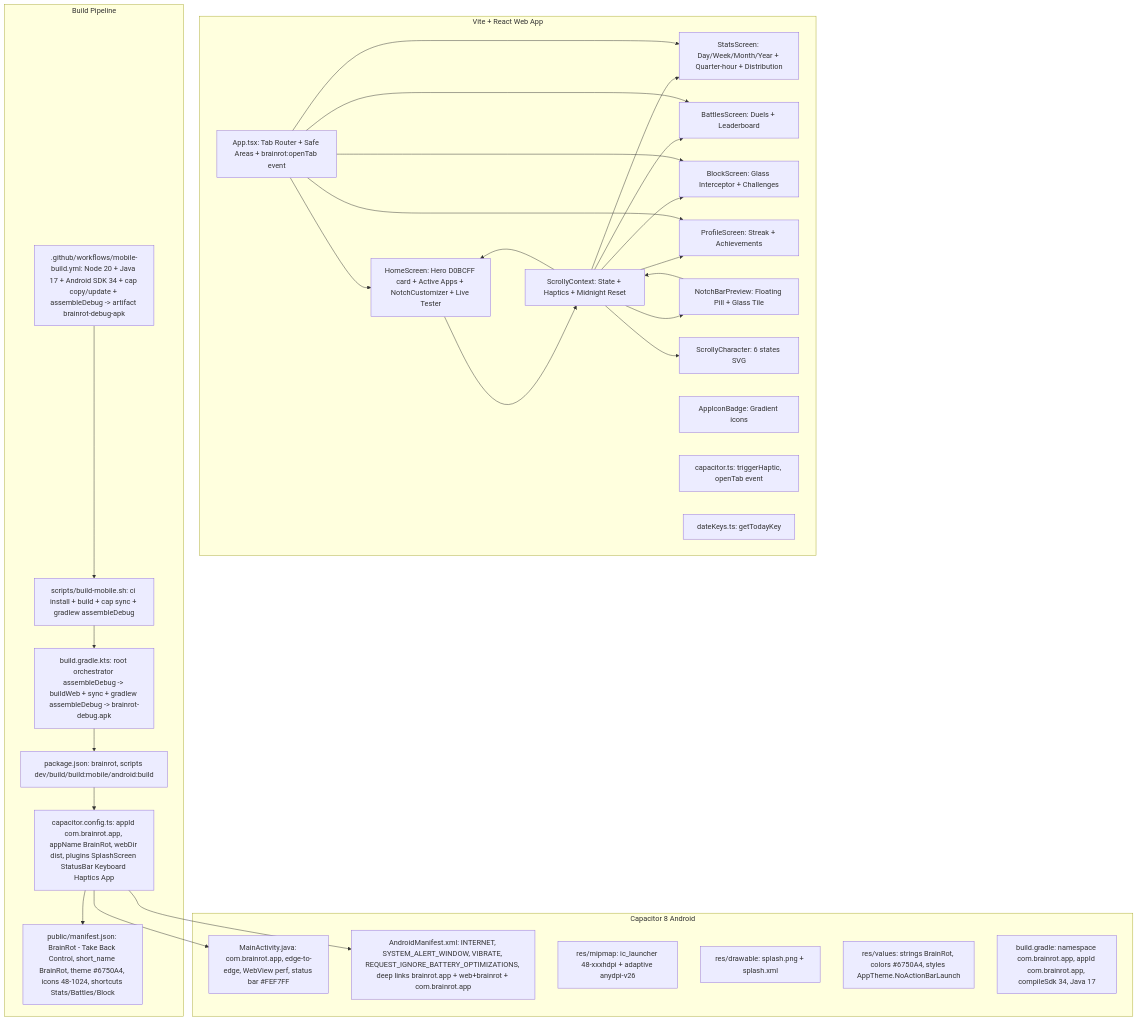
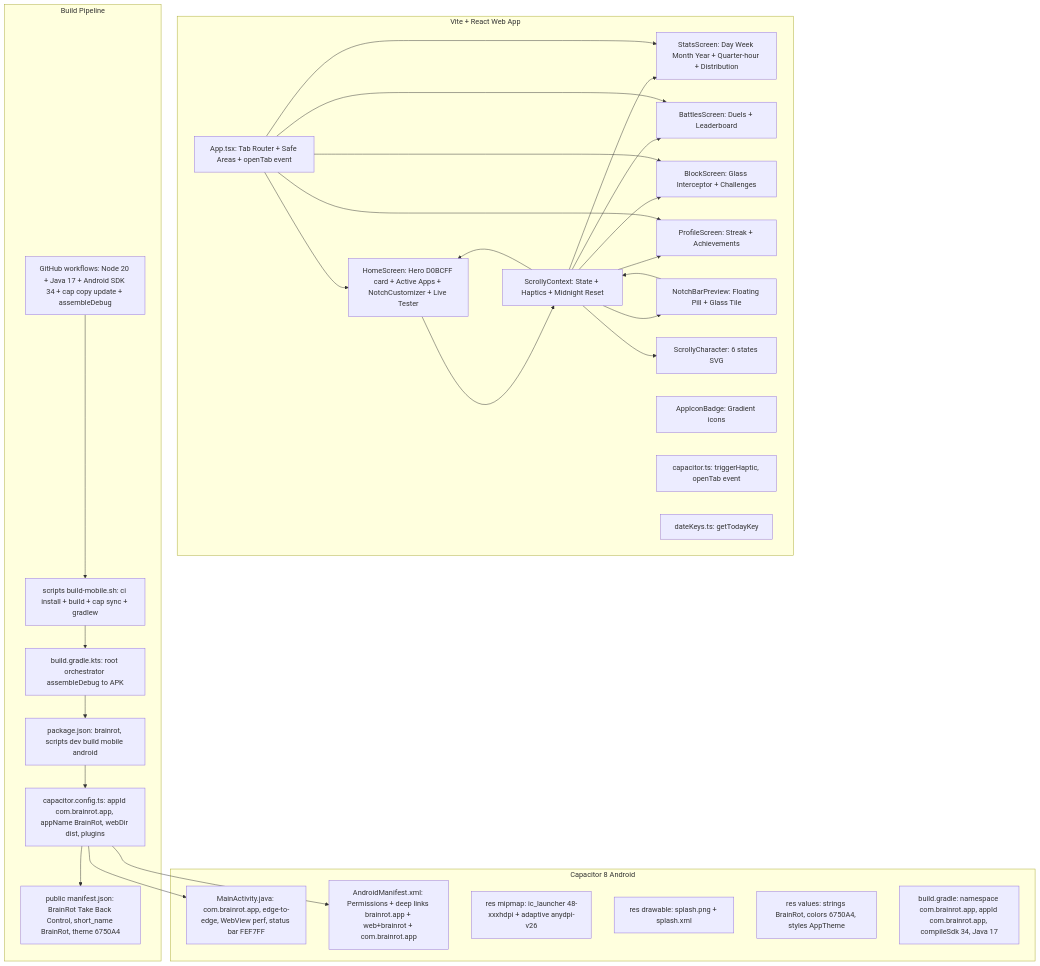
The fifth of 6 diagrams in README.md (jarifansathaorko/Scrolly), drawn with Mermaid before and after one commit. The commit also changed other lines of this file, not shown here.

First line of the commit message:
docs: fix mermaid diagrams for GitHub rendering

````diff
--- a/README.md
+++ b/README.md
@@ -138,42 +148,54 @@
 ```mermaid
 flowchart TB
-    subgraph Web [Vite + React Web App]
-        A[App.tsx: Tab Router + Safe Areas + brainrot:openTab event]
-        B[HomeScreen: Hero D0BCFF card + Active Apps + NotchCustomizer + Live Tester]
-        C[StatsScreen: Day/Week/Month/Year + Quarter-hour + Distribution]
-        D[BattlesScreen: Duels + Leaderboard]
-        E[BlockScreen: Glass Interceptor + Challenges]
-        F[ProfileScreen: Streak + Achievements]
-        G[NotchBarPreview: Floating Pill + Glass Tile]
-        H[ScrollyCharacter: 6 states SVG]
-        I[AppIconBadge: Gradient icons]
-        J[ScrollyContext: State + Haptics + Midnight Reset]
-        K[capacitor.ts: triggerHaptic, openTab event]
-        L[dateKeys.ts: getTodayKey]
+    subgraph Web ["Vite + React Web App"]
+        A["App.tsx: Tab Router + Safe Areas + openTab event"]
+        B["HomeScreen: Hero D0BCFF card + Active Apps + NotchCustomizer + Live Tester"]
+        C["StatsScreen: Day Week Month Year + Quarter-hour + Distribution"]
+        D["BattlesScreen: Duels + Leaderboard"]
+        E["BlockScreen: Glass Interceptor + Challenges"]
+        F["ProfileScreen: Streak + Achievements"]
+        G["NotchBarPreview: Floating Pill + Glass Tile"]
+        H["ScrollyCharacter: 6 states SVG"]
+        I["AppIconBadge: Gradient icons"]
+        J["ScrollyContext: State + Haptics + Midnight Reset"]
+        K["capacitor.ts: triggerHaptic, openTab event"]
+        L["dateKeys.ts: getTodayKey"]
     end
-    subgraph Native [Capacitor 8 Android]
-        M[MainActivity.java: com.brainrot.app, edge-to-edge, WebView perf, status bar #FEF7FF]
-        N[AndroidManifest.xml: INTERNET, SYSTEM_ALERT_WINDOW, VIBRATE, REQUEST_IGNORE_BATTERY_OPTIMIZATIONS, deep links brainrot.app + web+brainrot + com.brainrot.app]
-        O[res/mipmap: ic_launcher 48-xxxhdpi + adaptive anydpi-v26]
-        P[res/drawable: splash.png + splash.xml]
-        Q[res/values: strings BrainRot, colors #6750A4, styles AppTheme.NoActionBarLaunch]
-        R[build.gradle: namespace com.brainrot.app, appId com.brainrot.app, compileSdk 34, Java 17]
+    subgraph Native ["Capacitor 8 Android"]
+        M["MainActivity.java: com.brainrot.app, edge-to-edge, WebView perf, status bar FEF7FF"]
+        N["AndroidManifest.xml: Permissions + deep links brainrot.app + web+brainrot + com.brainrot.app"]
+        O["res mipmap: ic_launcher 48-xxxhdpi + adaptive anydpi-v26"]
+        P["res drawable: splash.png + splash.xml"]
+        Q["res values: strings BrainRot, colors 6750A4, styles AppTheme"]
+        R["build.gradle: namespace com.brainrot.app, appId com.brainrot.app, compileSdk 34, Java 17"]
     end
-    subgraph Build [Build Pipeline]
-        S[package.json: brainrot, scripts dev/build/build:mobile/android:build]
-        T[capacitor.config.ts: appId com.brainrot.app, appName BrainRot, webDir dist, plugins SplashScreen StatusBar Keyboard Haptics App]
-        U[public/manifest.json: BrainRot - Take Back Control, short_name BrainRot, theme #6750A4, icons 48-1024, shortcuts Stats/Battles/Block]
-        V[build.gradle.kts: root orchestrator assembleDebug -> buildWeb + sync + gradlew assembleDebug -> brainrot-debug.apk]
-        W[scripts/build-mobile.sh: ci install + build + cap sync + gradlew assembleDebug]
-        X[.github/workflows/mobile-build.yml: Node 20 + Java 17 + Android SDK 34 + cap copy/update + assembleDebug -> artifact brainrot-debug-apk]
+    subgraph Build ["Build Pipeline"]
+        S["package.json: brainrot, scripts dev build mobile android"]
+        T["capacitor.config.ts: appId com.brainrot.app, appName BrainRot, webDir dist, plugins"]
+        U["public manifest.json: BrainRot Take Back Control, short_name BrainRot, theme 6750A4"]
+        V["build.gradle.kts: root orchestrator assembleDebug to APK"]
+        W["scripts build-mobile.sh: ci install + build + cap sync + gradlew"]
+        X["GitHub workflows: Node 20 + Java 17 + Android SDK 34 + cap copy update + assembleDebug"]
     end
-    J --> B & C & D & E & F & G & H
-    A --> B & C & D & E & F
+    J --> B
+    J --> C
+    J --> D
+    J --> E
+    J --> F
+    J --> G
+    J --> H
+    A --> B
+    A --> C
+    A --> D
+    A --> E
+    A --> F
     G --> J
     B --> J
-    S --> T --> M & N
+    S --> T
+    T --> M
+    T --> N
     T --> U
     V --> S
     W --> V
     X --> W
 ```
````
